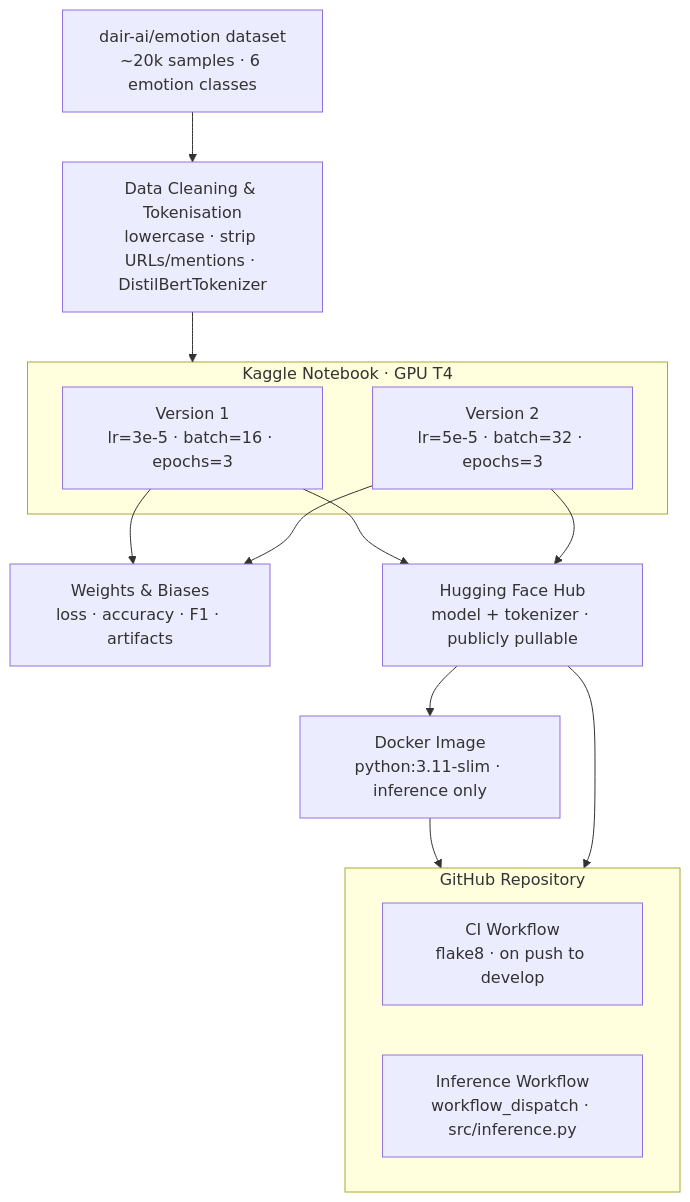
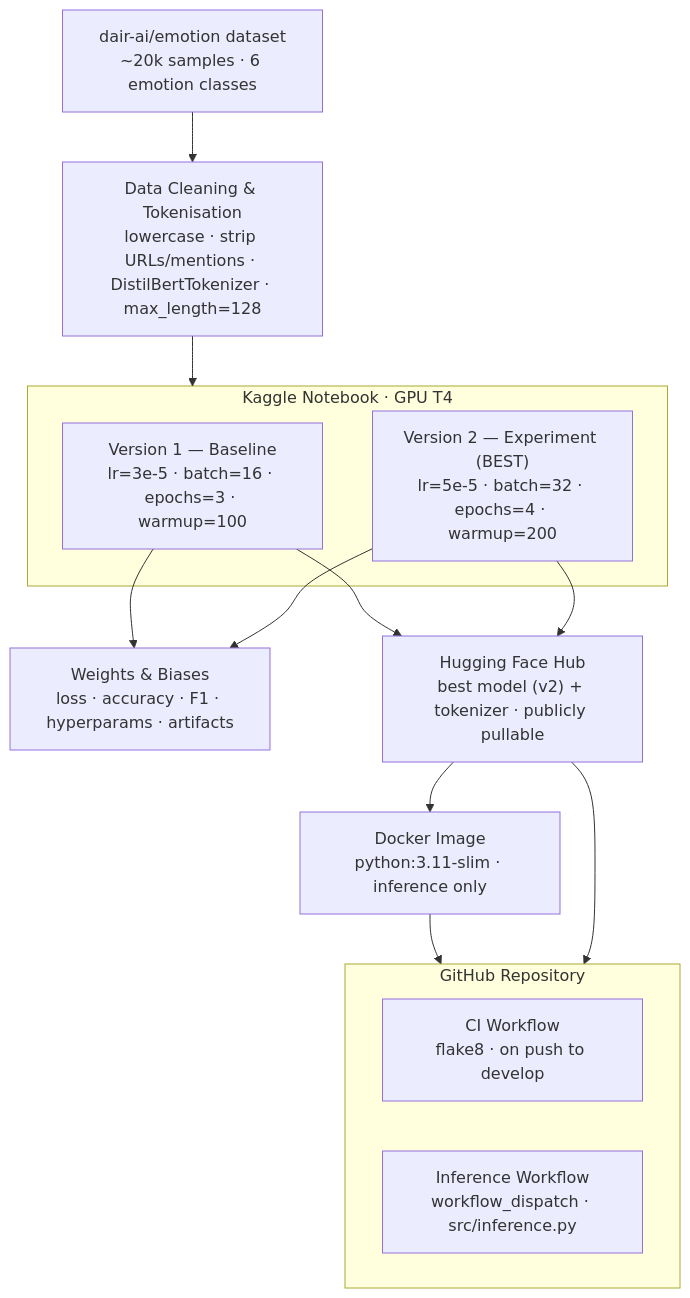
One commit to aniliter-cloud/ml-ops-group-project changed the diagram in README.md. Above: the diagram before and after it, drawn with Mermaid. The commit also changed other lines of this file, not shown here.

````diff
--- a/README.md
+++ b/README.md
@@ -21,29 +21,29 @@
 ```mermaid
 flowchart TD
     A[" dair-ai/emotion dataset\n~20k samples · 6 emotion classes"]
-    B[" Data Cleaning & Tokenisation\nlowercase · strip URLs/mentions · DistilBertTokenizer"]
+    B[" Data Cleaning & Tokenisation\nlowercase · strip URLs/mentions · DistilBertTokenizer · max_length=128"]
 
     subgraph KAGGLE["  Kaggle Notebook · GPU T4"]
-        V1["Version 1\nlr=3e-5 · batch=16 · epochs=3"]
-        V2["Version 2\nlr=5e-5 · batch=32 · epochs=3"]
+        V1["Version 1 — Baseline\nlr=3e-5 · batch=16 · epochs=3 · warmup=100"]
+        V2["Version 2 — Experiment (BEST)\nlr=5e-5 · batch=32 · epochs=4 · warmup=200"]
     end
 
-    C[" Weights & Biases\nloss · accuracy · F1 · artifacts"]
-    D[" Hugging Face Hub\nmodel + tokenizer · publicly pullable"]
+    C[" Weights & Biases\nloss · accuracy · F1 · hyperparams · artifacts"]
+    D[" Hugging Face Hub\nbest model (v2) + tokenizer · publicly pullable"]
     E[" Docker Image\npython:3.11-slim · inference only"]
 
     subgraph GITHUB["  GitHub Repository"]
         G1["CI Workflow\nflake8 · on push to develop"]
         G2["Inference Workflow\nworkflow_dispatch · src/inference.py"]
     end
 
     A --> B
     B --> KAGGLE
     V1 --> C
     V2 --> C
     V1 --> D
     V2 --> D
     D --> E
     E --> GITHUB
     D --> GITHUB
 ```
````
